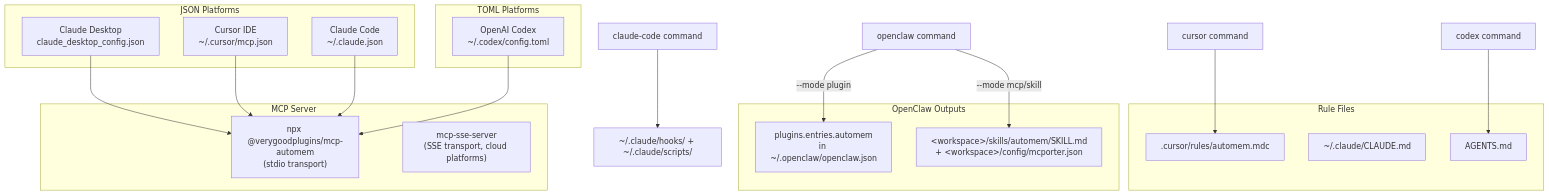
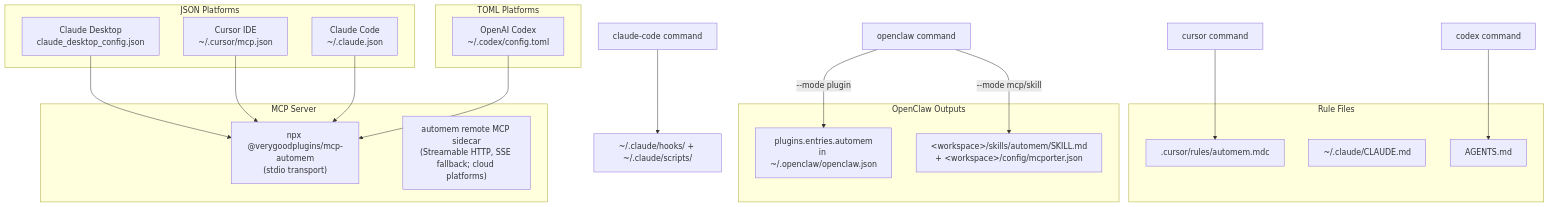
One commit to verygoodplugins/automem-website changed the diagram in src/content/docs/docs/cli/platform-installers.md. Above: the diagram before and after it, drawn with Mermaid. The commit also changed other lines of this file, not shown here.

````diff
--- a/src/content/docs/docs/cli/platform-installers.md
+++ b/src/content/docs/docs/cli/platform-installers.md
@@ -251,39 +252,39 @@
 ```mermaid
 graph TB
     subgraph "JSON Platforms"
         ClaudeDesktop["Claude Desktop<br/>claude_desktop_config.json"]
         CursorIDE["Cursor IDE<br/>~/.cursor/mcp.json"]
         ClaudeCode["Claude Code<br/>~/.claude.json"]
     end
 
     subgraph "TOML Platforms"
         Codex["OpenAI Codex<br/>~/.codex/config.toml"]
     end
 
     subgraph "Rule Files"
         CursorRules[".cursor/rules/automem.mdc"]
         ClaudeMD["~/.claude/CLAUDE.md"]
         AgentsMD["AGENTS.md"]
     end
 
     subgraph "OpenClaw Outputs"
         OpenClawPlugin["plugins.entries.automem<br/>in ~/.openclaw/openclaw.json"]
         OpenClawMCPFiles["&lt;workspace&gt;/skills/automem/SKILL.md<br/>+ &lt;workspace&gt;/config/mcporter.json"]
     end
 
     subgraph "MCP Server"
         NPX["npx @verygoodplugins/mcp-automem<br/>(stdio transport)"]
-        SSE["mcp-sse-server<br/>(SSE transport, cloud platforms)"]
+        SSE["automem remote MCP sidecar<br/>(Streamable HTTP, SSE fallback; cloud platforms)"]
     end
 
     ClaudeDesktop --> NPX
     CursorIDE --> NPX
     ClaudeCode --> NPX
     Codex --> NPX
 
     CursorInstaller["cursor command"] --> CursorRules
     ClaudeCodeInstaller["claude-code command"] --> HookScripts["~/.claude/hooks/ + ~/.claude/scripts/"]
     CodexInstaller["codex command"] --> AgentsMD
     OpenClawInstaller["openclaw command"] -->|"--mode plugin"| OpenClawPlugin
     OpenClawInstaller -->|"--mode mcp/skill"| OpenClawMCPFiles
 ```
````
